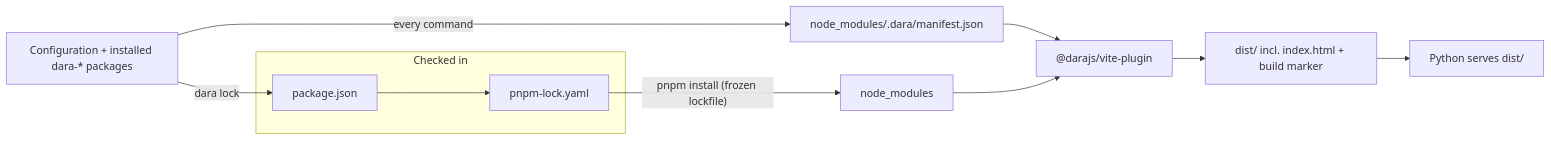
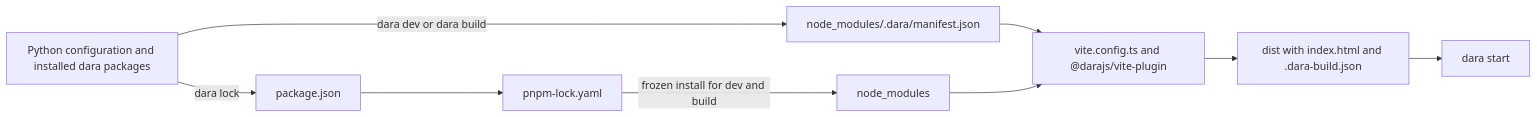
The diagram in docs-internal/proposals/dara-js-build-redesign.md (causalens/dara), drawn with Mermaid before and after one commit. The commit also changed other lines of this file and 1 other file, not shown here.

Commit message:
docs: refine JS build proposal

````diff
--- a/docs-internal/proposals/dara-js-build-redesign.md
+++ b/docs-internal/proposals/dara-js-build-redesign.md
@@ -44,18 +38,17 @@
 ```mermaid
 flowchart LR
-    cfg["Configuration + installed dara-* packages"]
-    subgraph checked["Checked in"]
-        pkg["package.json"]
-        pl["pnpm-lock.yaml"]
-    end
+    config["Python configuration and installed dara packages"]
+    package["package.json"]
+    lock["pnpm-lock.yaml"]
     manifest["node_modules/.dara/manifest.json"]
-    nm["node_modules"]
-    plugin["@darajs/vite-plugin"]
-    dist["dist/ incl. index.html + build marker"]
-    serve["Python serves dist/"]
+    modules["node_modules"]
+    vite["vite.config.ts and @darajs/vite-plugin"]
+    dist["dist with index.html and .dara-build.json"]
+    start["dara start"]
 
-    cfg -->|"dara lock"| pkg --> pl
-    pl -->|"pnpm install (frozen lockfile)"| nm
-    cfg -->|"every command"| manifest --> plugin
-    nm --> plugin --> dist --> serve
+    config -->|"dara lock"| package --> lock
+    lock -->|"frozen install for dev and build"| modules
+    config -->|"dara dev or dara build"| manifest
+    manifest --> vite
+    modules --> vite --> dist --> start
 ```
````
